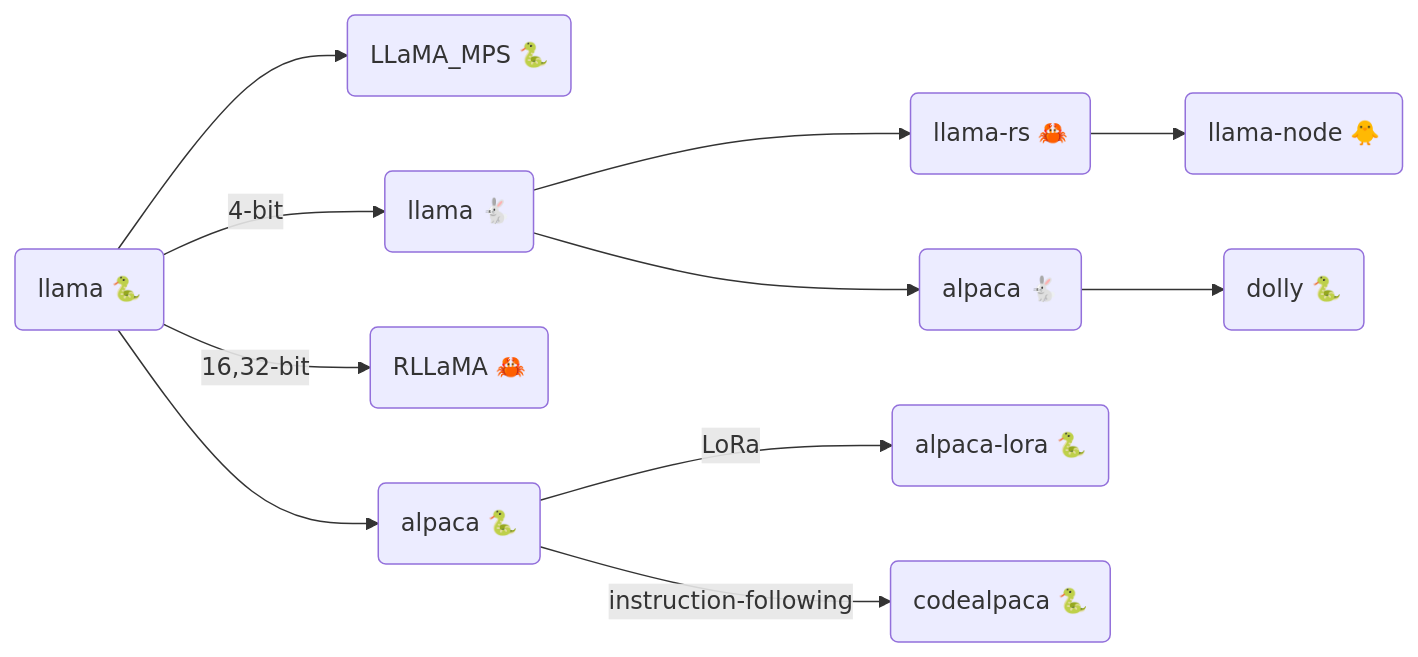
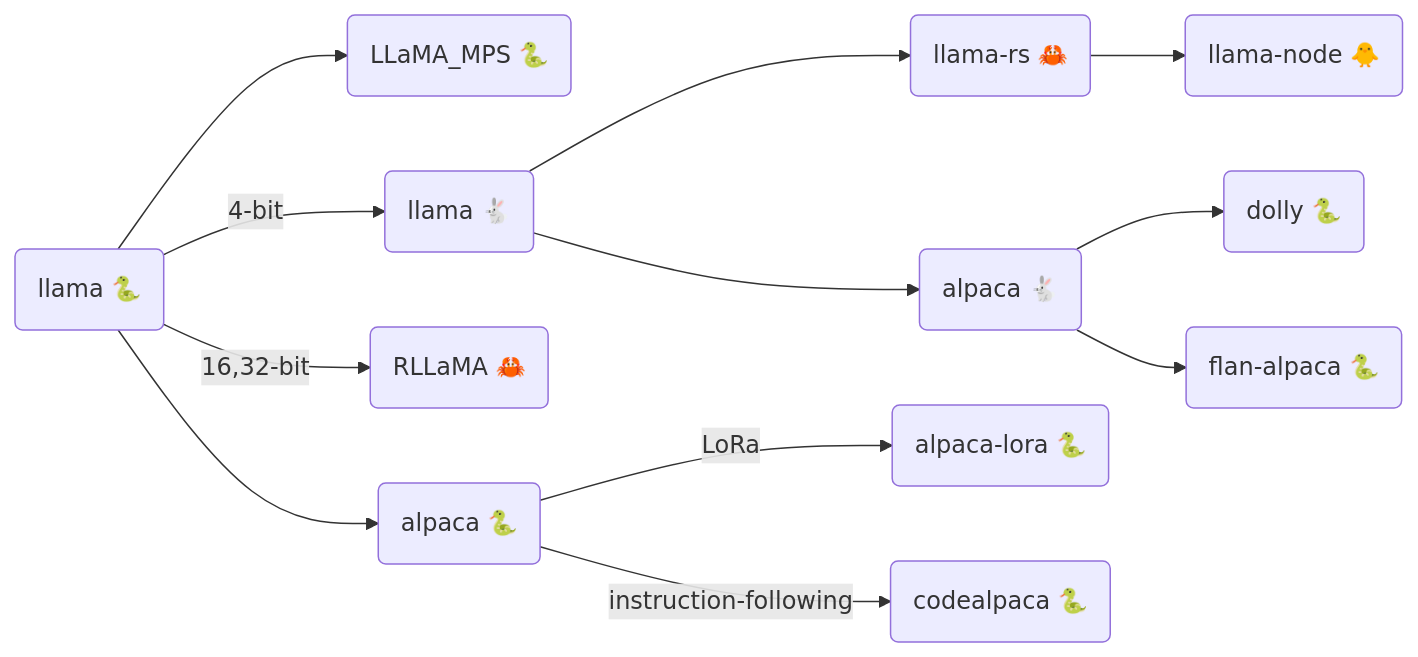
The second of 2 diagrams in src/ml/llama.md (gist-rs/book), drawn with Mermaid before and after one commit. The commit also changed other lines of this file, not shown here.

Commit message:
moved flan

````diff
--- a/src/ml/llama.md
+++ b/src/ml/llama.md
@@ -68,12 +66,13 @@
 ```mermaid
 graph LR;
-A --> G("LLaMA_MPS 🐍")
+A --> AA("LLaMA_MPS 🐍")
 A("llama 🐍") --"4-bit"--> B("llama 🐇")
 B --> C("llama-rs 🦀")
 A --"16,32-bit"--> CC("RLLaMA 🦀")
 C --> I("llama-node 🐥")
 B --> D("alpaca 🐇")
 A --> E("alpaca 🐍") --LoRa--> F("alpaca-lora 🐍")
 E --instruction-following--> H("codealpaca 🐍")
-D --> J("dolly 🐍")
+D --> DD("dolly 🐍")
+D --> DDD("flan-alpaca 🐍")
 ```
````
